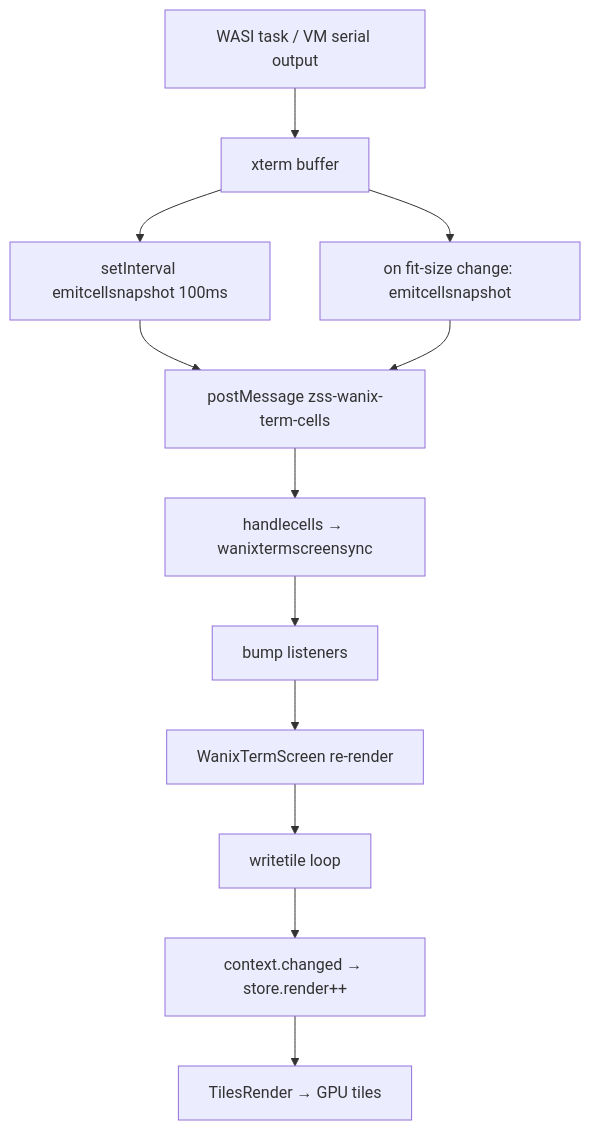
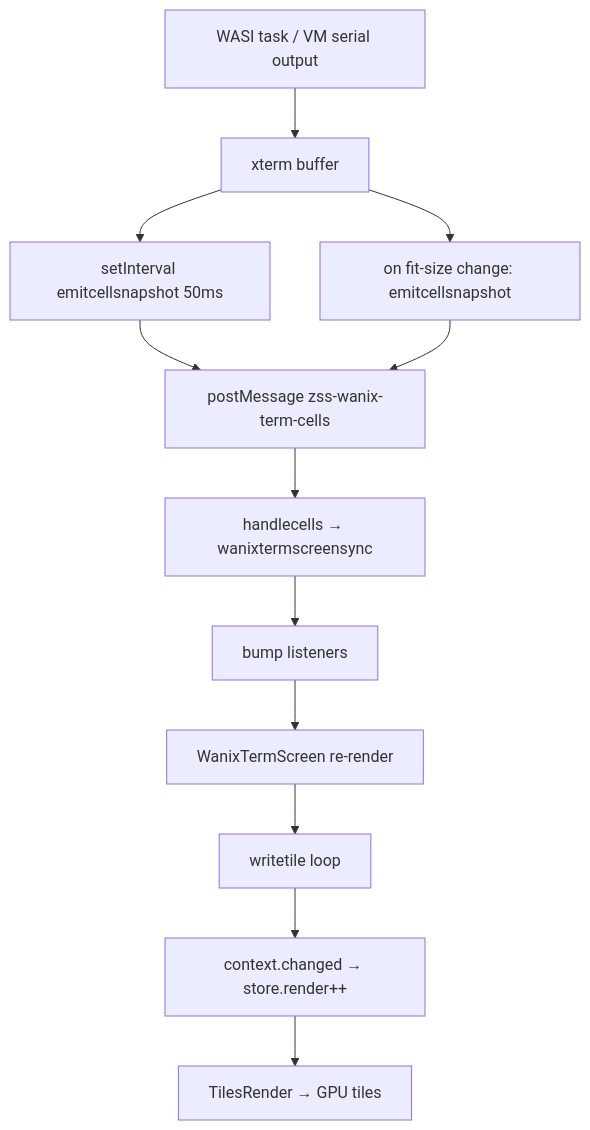
The second of 2 diagrams in ops/docs/wanix-term-sizing.md (goldbuick/zed-software-system), drawn with Mermaid before and after one commit. The commit also changed other lines of this file and 8 other files, not shown here.

````diff
--- a/ops/docs/wanix-term-sizing.md
+++ b/ops/docs/wanix-term-sizing.md
@@ -40,18 +40,18 @@
 ```mermaid
 flowchart TD
   Guest["WASI task / VM serial output"]
   XT["xterm buffer"]
-  Poll["setInterval emitcellsnapshot 100ms"]
+  Poll["setInterval emitcellsnapshot 50ms"]
   FitPush["on fit-size change: emitcellsnapshot"]
   PM["postMessage zss-wanix-term-cells"]
   HC["handlecells → wanixtermscreensync"]
   Bump["bump listeners"]
   WTS["WanixTermScreen re-render"]
   WT["writetile loop"]
   CH["context.changed → store.render++"]
   TR["TilesRender → GPU tiles"]
 
   Guest --> XT --> Poll --> PM
   XT --> FitPush --> PM
   PM --> HC --> Bump --> WTS --> WT --> CH --> TR
 ```
````
